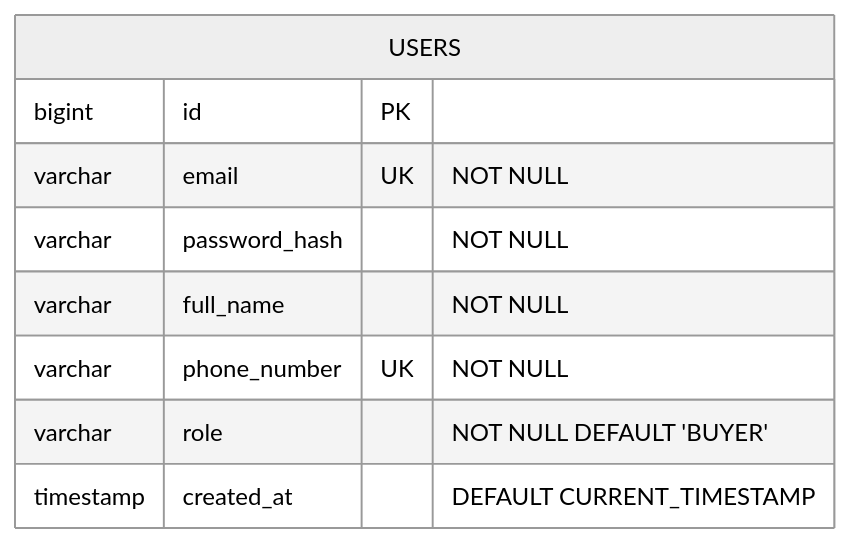
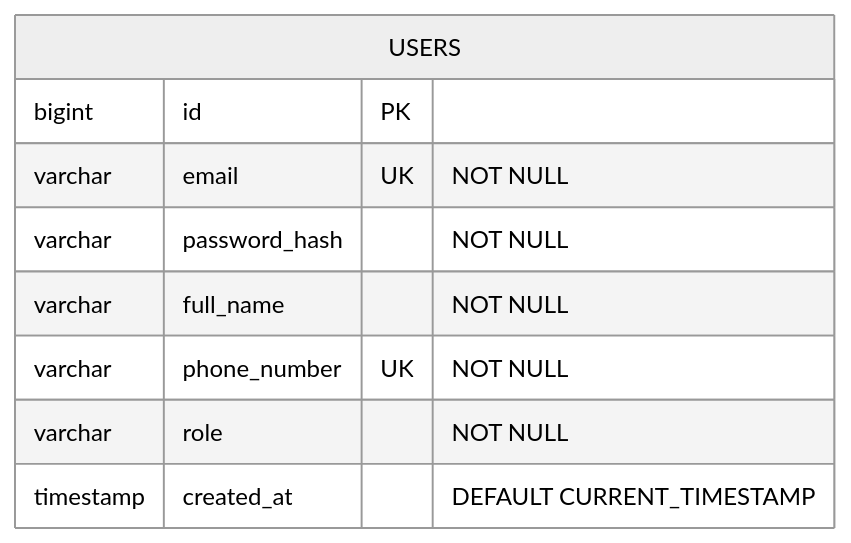
Before and after one commit to BlackyB0o/CS261_650001_group5: the fourth of 7 diagrams in docs/task-04/README.md, drawn with Mermaid (neutral theme). The commit also changed other lines of this file, not shown here.

Commit message:
docs: finalize task 04 identifier login and role selection

````diff
--- a/docs/task-04/README.md
+++ b/docs/task-04/README.md
@@ -177,12 +180,12 @@
 ```mermaid
 erDiagram
     USERS {
         bigint id PK
         varchar email UK "NOT NULL"
         varchar password_hash "NOT NULL"
         varchar full_name "NOT NULL"
         varchar phone_number UK "NOT NULL"
-        varchar role "NOT NULL DEFAULT 'BUYER'"
+        varchar role "NOT NULL"
         timestamp created_at "DEFAULT CURRENT_TIMESTAMP"
     }
 ```
````
